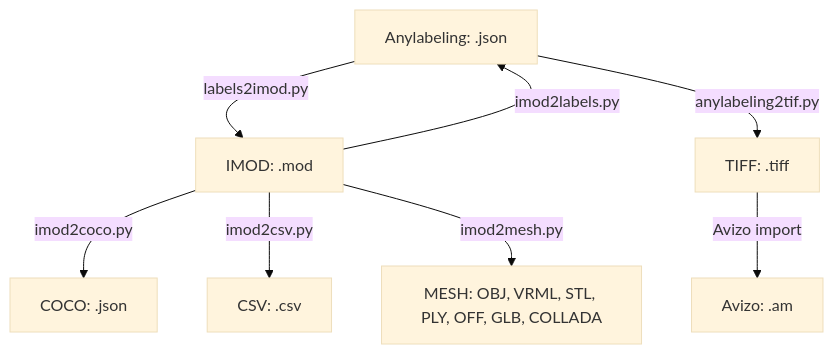
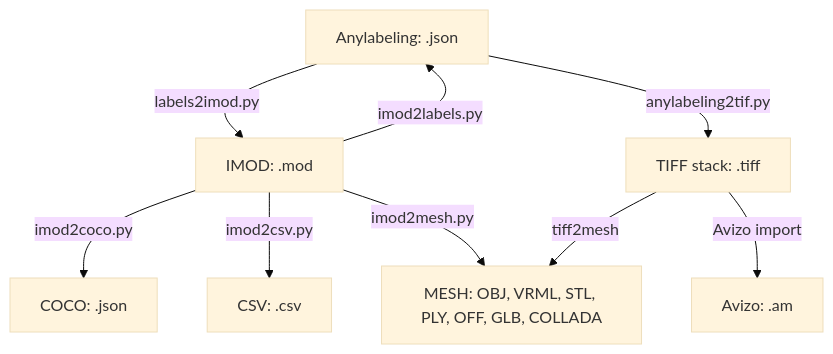
The diagram in tools/README.md (Sydney-Informatics-Hub/Microscopy-Segmentation), drawn with Mermaid (base theme) before and after one commit. The commit also changed other lines of this file, not shown here.

Commit message:
Add docs for tiff2mesh

````diff
--- a/tools/README.md
+++ b/tools/README.md
@@ -21,20 +21,21 @@
 ```mermaid
 
 graph TD
     anylabel[Anylabeling: .json]
     imod[IMOD: .mod]
     coco[COCO: .json]
     mesh[MESH: OBJ, VRML, STL, PLY, OFF, GLB, COLLADA]
     csv[CSV: .csv]
-    tiff[TIFF: .tiff]
+    tiff[TIFF stack: .tiff]
     avizo[Avizo: .am]
-
+    
     imod-- imod2coco.py -->coco
     imod-- imod2csv.py -->csv 
     imod-- imod2labels.py -->anylabel
     imod-- imod2mesh.py -->mesh 
     anylabel-- labels2imod.py -->imod
     anylabel-- anylabeling2tif.py -->tiff
     tiff-- Avizo import -->avizo
+    tiff-- tiff2mesh -->mesh
 
 ```
````
